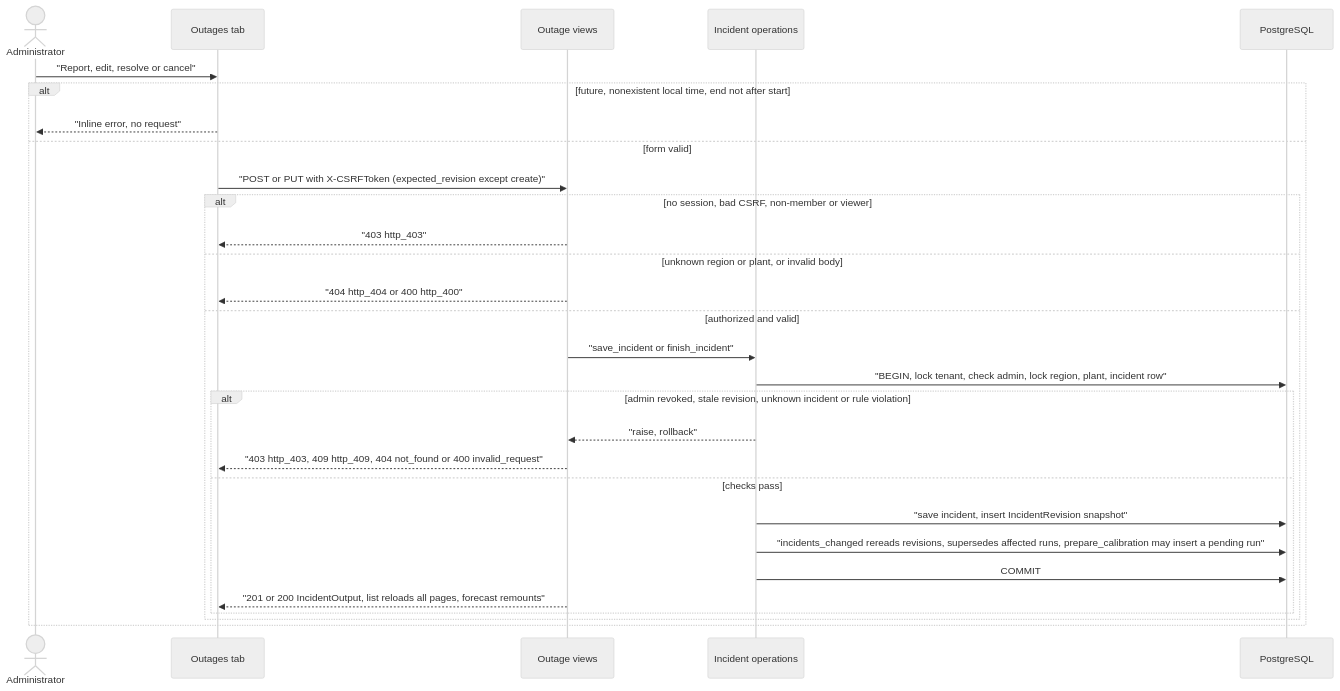
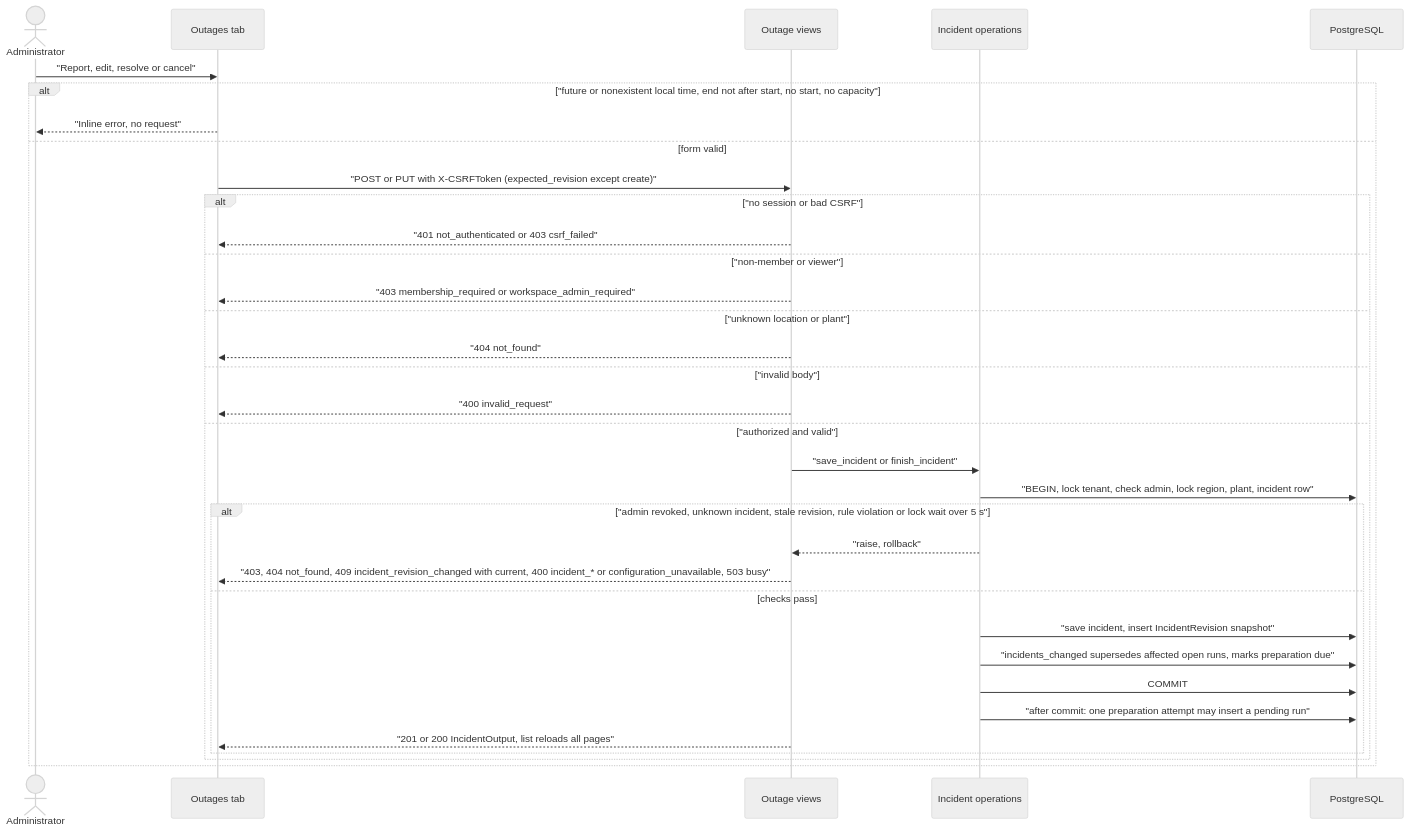
One commit to erkurtharun/pyracast changed the diagram in docs/flows/outage-management.md. Above: the diagram before and after it, drawn with Mermaid (neutral theme). The commit also changed other lines of this file and 85 other files, not shown here.

First line of the commit message:
Bring the flow pages in line with the code (#107)

````diff
--- a/docs/flows/outage-management.md
+++ b/docs/flows/outage-management.md
@@ -14,31 +14,36 @@
 ```mermaid
 sequenceDiagram
     actor A as Administrator
     participant UI as Outages tab
     participant V as Outage views
     participant Op as Incident operations
     participant DB as PostgreSQL
     A->>UI: "Report, edit, resolve or cancel"
-    alt future, nonexistent local time, end not after start
+    alt "future or nonexistent local time, end not after start, no start, no capacity"
         UI-->>A: "Inline error, no request"
     else form valid
         UI->>V: "POST or PUT with X-CSRFToken (expected_revision except create)"
-        alt no session, bad CSRF, non-member or viewer
-            V-->>UI: "403 http_403"
-        else unknown region or plant, or invalid body
-            V-->>UI: "404 http_404 or 400 http_400"
-        else authorized and valid
+        alt "no session or bad CSRF"
+            V-->>UI: "401 not_authenticated or 403 csrf_failed"
+        else "non-member or viewer"
+            V-->>UI: "403 membership_required or workspace_admin_required"
+        else "unknown location or plant"
+            V-->>UI: "404 not_found"
+        else "invalid body"
+            V-->>UI: "400 invalid_request"
+        else "authorized and valid"
             V->>Op: "save_incident or finish_incident"
             Op->>DB: "BEGIN, lock tenant, check admin, lock region, plant, incident row"
-            alt admin revoked, stale revision, unknown incident or rule violation
+            alt "admin revoked, unknown incident, stale revision, rule violation or lock wait over 5 s"
                 Op-->>V: "raise, rollback"
-                V-->>UI: "403 http_403, 409 http_409, 404 not_found or 400 invalid_request"
+                V-->>UI: "403, 404 not_found, 409 incident_revision_changed with current, 400 incident_* or configuration_unavailable, 503 busy"
             else checks pass
                 Op->>DB: "save incident, insert IncidentRevision snapshot"
-                Op->>DB: "incidents_changed rereads revisions, supersedes affected runs, prepare_calibration may insert a pending run"
+                Op->>DB: "incidents_changed supersedes affected open runs, marks preparation due"
                 Op->>DB: COMMIT
-                V-->>UI: "201 or 200 IncidentOutput, list reloads all pages, forecast remounts"
+                Op->>DB: "after commit: one preparation attempt may insert a pending run"
+                V-->>UI: "201 or 200 IncidentOutput, list reloads all pages"
             end
         end
     end
 ```
````
